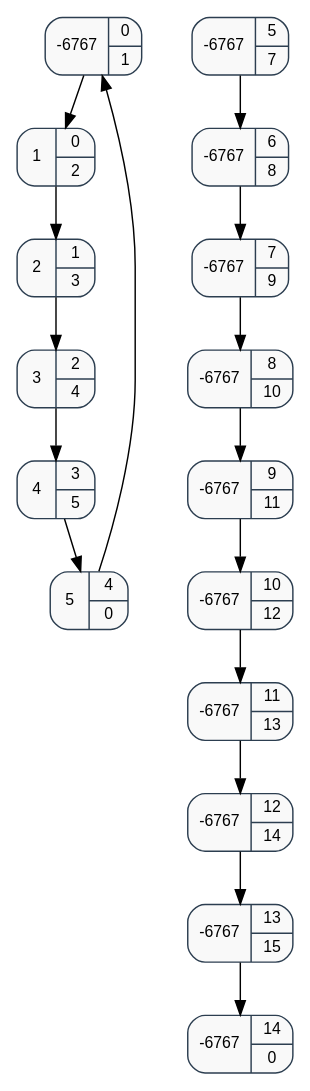
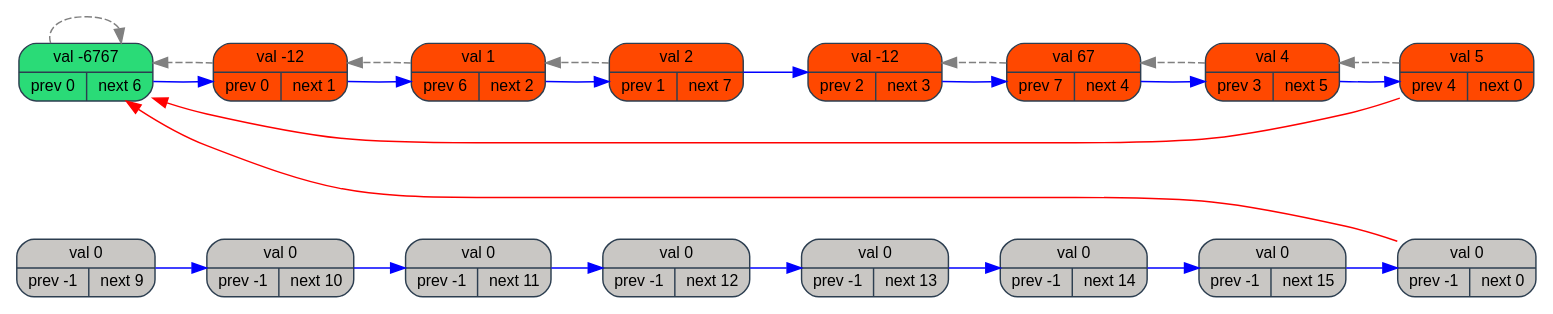
One commit to fcubsovv/c-course changed the diagram in linked_list/graph.dot. Above: the diagram before and after it, drawn with Graphviz. The commit also changed 12 other files, not shown here.

```diff
--- a/linked_list/graph.dot
+++ b/linked_list/graph.dot
@@ -1,48 +1,43 @@
 digraph RoundedSplitGraph {
+rankdir=LR; 
 node [shape=Mrecord, style=filled, fillcolor="#f9f9f9", color="#2c3e50", fontname="Arial", fontsize=11];
-Node0 [label=" -6767  | { 0 | 1 }"]; 
- Node1 [label=" 1  | { 0 | 2 }"];
-Node0 -> Node1
-Node1 [label=" 1  | { 0 | 2 }"]; 
- Node2 [label=" 2  | { 1 | 3 }"];
-Node1 -> Node2
-Node2 [label=" 2  | { 1 | 3 }"]; 
- Node3 [label=" 3  | { 2 | 4 }"];
-Node2 -> Node3
-Node3 [label=" 3  | { 2 | 4 }"]; 
- Node4 [label=" 4  | { 3 | 5 }"];
-Node3 -> Node4
-Node4 [label=" 4  | { 3 | 5 }"]; 
- Node5 [label=" 5  | { 4 | 0 }"];
-Node4 -> Node5
-Node5 [label=" 5  | { 4 | 0 }"]; 
- Node0 [label=" -6767  | { 0 | 1 }"];
-Node5 -> Node0
-Node6 [label=" -6767  | { 5 | 7 }"]; 
- Node7 [label=" -6767  | { 6 | 8 }"];
-Node6 -> Node7
-Node7 [label=" -6767  | { 6 | 8 }"]; 
- Node8 [label=" -6767  | { 7 | 9 }"];
-Node7 -> Node8
-Node8 [label=" -6767  | { 7 | 9 }"]; 
- Node9 [label=" -6767  | { 8 | 10 }"];
-Node8 -> Node9
-Node9 [label=" -6767  | { 8 | 10 }"]; 
- Node10 [label=" -6767  | { 9 | 11 }"];
-Node9 -> Node10
-Node10 [label=" -6767  | { 9 | 11 }"]; 
- Node11 [label=" -6767  | { 10 | 12 }"];
-Node10 -> Node11
-Node11 [label=" -6767  | { 10 | 12 }"]; 
- Node12 [label=" -6767  | { 11 | 13 }"];
-Node11 -> Node12
-Node12 [label=" -6767  | { 11 | 13 }"]; 
- Node13 [label=" -6767  | { 12 | 14 }"];
-Node12 -> Node13
-Node13 [label=" -6767  | { 12 | 14 }"]; 
- Node14 [label=" -6767  | { 13 | 15 }"];
-Node13 -> Node14
-Node14 [label=" -6767  | { 13 | 15 }"]; 
- Node15 [label=" -6767  | { 14 | 0 }"];
-Node14 -> Node15
+Node0 [label=" val -6767  | { prev 0 | next 6 }" fillcolor="#2adb77"]; 
+Node1 [label=" val 1  | { prev 6 | next 2 }" fillcolor="#ff4800"]; 
+Node2 [label=" val 2  | { prev 1 | next 7 }" fillcolor="#ff4800"]; 
+Node3 [label=" val 67  | { prev 7 | next 4 }" fillcolor="#ff4800"]; 
+Node4 [label=" val 4  | { prev 3 | next 5 }" fillcolor="#ff4800"]; 
+Node5 [label=" val 5  | { prev 4 | next 0 }" fillcolor="#ff4800"]; 
+Node6 [label=" val -12  | { prev 0 | next 1 }" fillcolor="#ff4800"]; 
+Node7 [label=" val -12  | { prev 2 | next 3 }" fillcolor="#ff4800"]; 
+Node8 [label=" val 0  | { prev -1 | next 9 }" fillcolor="#c9c7c4"]; 
+Node9 [label=" val 0  | { prev -1 | next 10 }" fillcolor="#c9c7c4"]; 
+Node10 [label=" val 0  | { prev -1 | next 11 }" fillcolor="#c9c7c4"]; 
+Node11 [label=" val 0  | { prev -1 | next 12 }" fillcolor="#c9c7c4"]; 
+Node12 [label=" val 0  | { prev -1 | next 13 }" fillcolor="#c9c7c4"]; 
+Node13 [label=" val 0  | { prev -1 | next 14 }" fillcolor="#c9c7c4"]; 
+Node14 [label=" val 0  | { prev -1 | next 15 }" fillcolor="#c9c7c4"]; 
+Node15 [label=" val 0  | { prev -1 | next 0 }" fillcolor="#c9c7c4"]; 
+Node0 -> Node6 [color=blue];
+Node1 -> Node2 [color=blue];
+Node2 -> Node7 [color=blue];
+Node3 -> Node4 [color=blue];
+Node4 -> Node5 [color=blue];
+Node5 -> Node0 [color=red, constraint=false];
+Node6 -> Node1 [color=blue];
+Node7 -> Node3 [color=blue];
+Node8 -> Node9 [color=blue];
+Node9 -> Node10 [color=blue];
+Node10 -> Node11 [color=blue];
+Node11 -> Node12 [color=blue];
+Node12 -> Node13 [color=blue];
+Node13 -> Node14 [color=blue];
+Node14 -> Node15 [color=blue];
+Node15 -> Node0 [color=red, constraint=false];
+Node0 -> Node0 [color=gray, style=dashed];
+Node1 -> Node6 [color=gray, style=dashed];
+Node2 -> Node1 [color=gray, style=dashed];
+Node3 -> Node7 [color=gray, style=dashed];
+Node4 -> Node3 [color=gray, style=dashed];
+Node5 -> Node4 [color=gray, style=dashed];
+Node6 -> Node0 [color=gray, style=dashed];
 }
```
